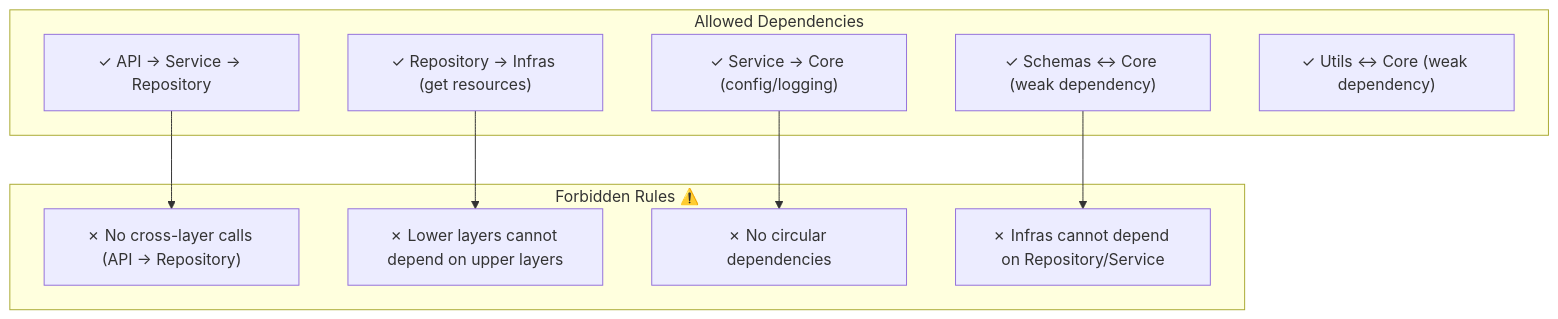
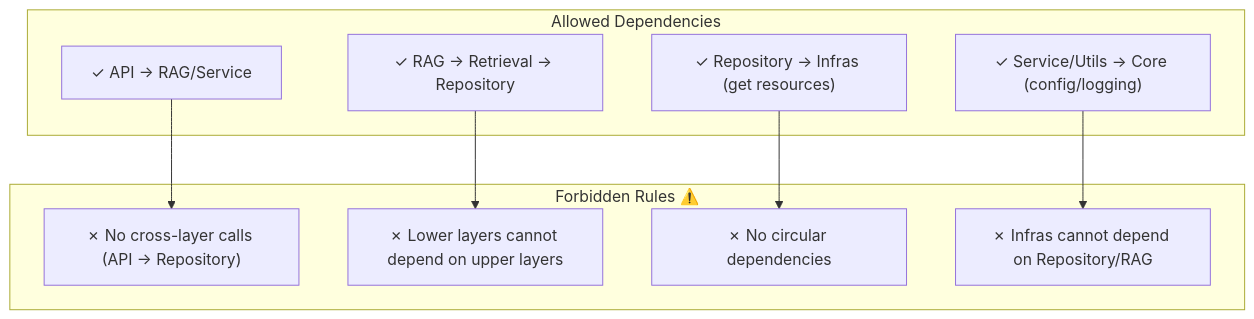
One commit to chain-engine/x-rag changed the third of 3 diagrams in README.en.md. Above: the diagram before and after it, drawn with Mermaid. The commit also changed other lines of this file and 63 other files, not shown here.

````diff
--- a/README.en.md
+++ b/README.en.md
@@ -314,22 +350,21 @@
 ```mermaid
 graph TD
     subgraph "Allowed Dependencies"
-        R1["✓ API → Service → Repository"]
-        R2["✓ Repository → Infras (get resources)"]
-        R3["✓ Service → Core (config/logging)"]
-        R4["✓ Schemas ↔ Core (weak dependency)"]
-        R5["✓ Utils ↔ Core (weak dependency)"]
+        R1["✓ API → RAG/Service"]
+        R2["✓ RAG → Retrieval → Repository"]
+        R3["✓ Repository → Infras (get resources)"]
+        R4["✓ Service/Utils → Core (config/logging)"]
     end
 
     subgraph "Forbidden Rules ⚠️"
         D1["✗ No cross-layer calls (API → Repository)"]
         D2["✗ Lower layers cannot depend on upper layers"]
         D3["✗ No circular dependencies"]
-        D4["✗ Infras cannot depend on Repository/Service"]
+        D4["✗ Infras cannot depend on Repository/RAG"]
     end
 
     R1 --> D1
     R2 --> D2
     R3 --> D3
     R4 --> D4
 ```
````
